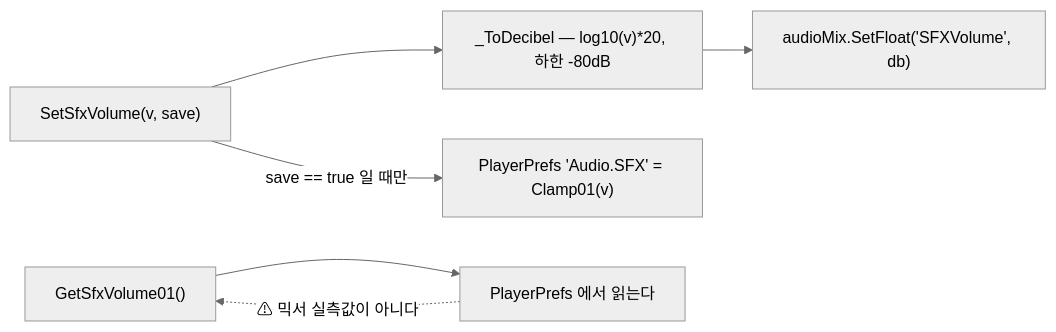
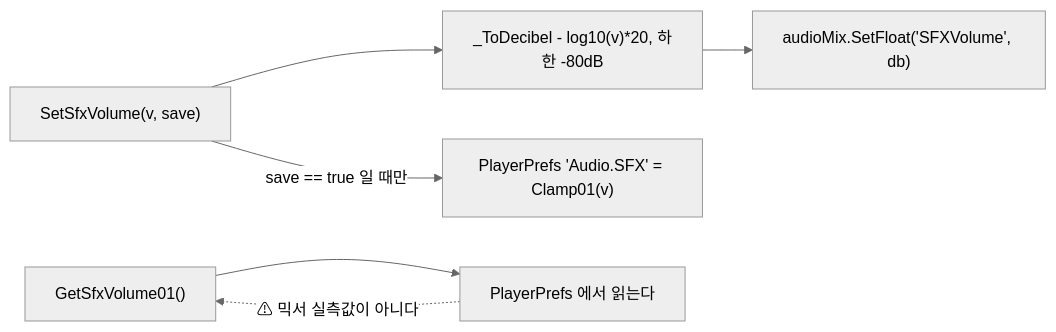
Before and after one commit to HoHong123/HCUP-Unity: the eighth of 9 diagrams in HAudio/Runtime/README.md, drawn with Mermaid (neutral theme). The commit also changed other lines of this file, not shown here.

````diff
--- a/HAudio/Runtime/README.md
+++ b/HAudio/Runtime/README.md
@@ -360,8 +358,8 @@
 ```mermaid
 flowchart LR
-    S["SetSfxVolume(v, save)"] --> D["_ToDecibel — log10(v)*20, 하한 -80dB"]
+    S["SetSfxVolume(v, save)"] --> D["_ToDecibel - log10(v)*20, 하한 -80dB"]
     D --> M["audioMix.SetFloat('SFXVolume', db)"]
     S -->|"save == true 일 때만"| P["PlayerPrefs 'Audio.SFX' = Clamp01(v)"]
     G["GetSfxVolume01()"] --> P2["PlayerPrefs 에서 읽는다"]
     P2 -.->|"⚠ 믹서 실측값이 아니다"| G
 ```
````
